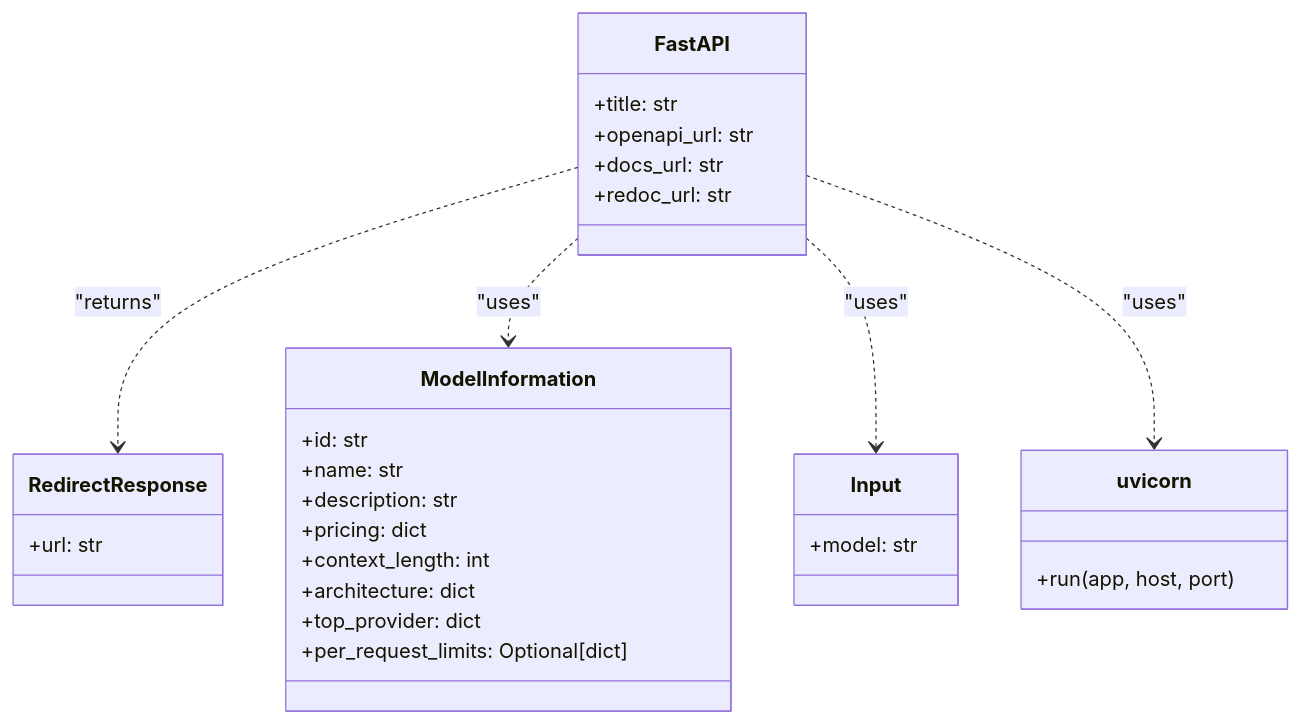
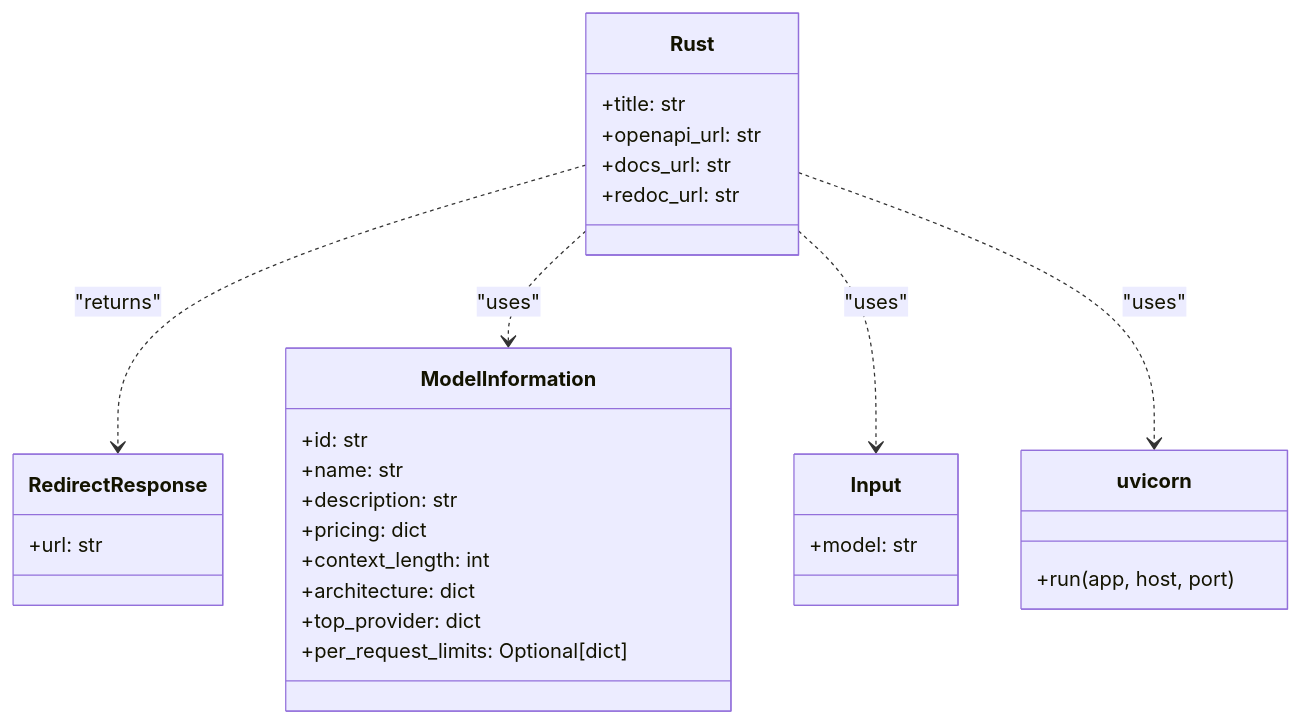
The diagram in docs/user_stories_main.md (lgcorzo/fastapi-autogen-team), drawn with Mermaid before and after one commit. The commit also changed other lines of this file and 40 other files, not shown here.

````diff
--- a/docs/user_stories_main.md
+++ b/docs/user_stories_main.md
@@ -25,38 +25,38 @@
 ```mermaid
 classDiagram
-    class FastAPI {
+    class Rust {
         +title: str
         +openapi_url: str
         +docs_url: str
         +redoc_url: str
 <!-- [MermaidChart: 954377b5-7d95-4c9d-9ea3-3a2f7be322a2] -->
     }
 
     class RedirectResponse {
         +url: str
     }
 
     class Input {
         +model: str
     }
 
     class ModelInformation {
         +id: str
         +name: str
         +description: str
         +pricing: dict
         +context_length: int
         +architecture: dict
         +top_provider: dict
         +per_request_limits: Optional[dict]
     }
 
     class uvicorn {
         +run(app, host, port)
     }
 
-    FastAPI ..> RedirectResponse : "returns"
-    FastAPI ..> ModelInformation : "uses"
-    FastAPI ..> Input : "uses"
-    FastAPI ..> uvicorn : "uses"
+    Rust ..> RedirectResponse : "returns"
+    Rust ..> ModelInformation : "uses"
+    Rust ..> Input : "uses"
+    Rust ..> uvicorn : "uses"
 ```
````
